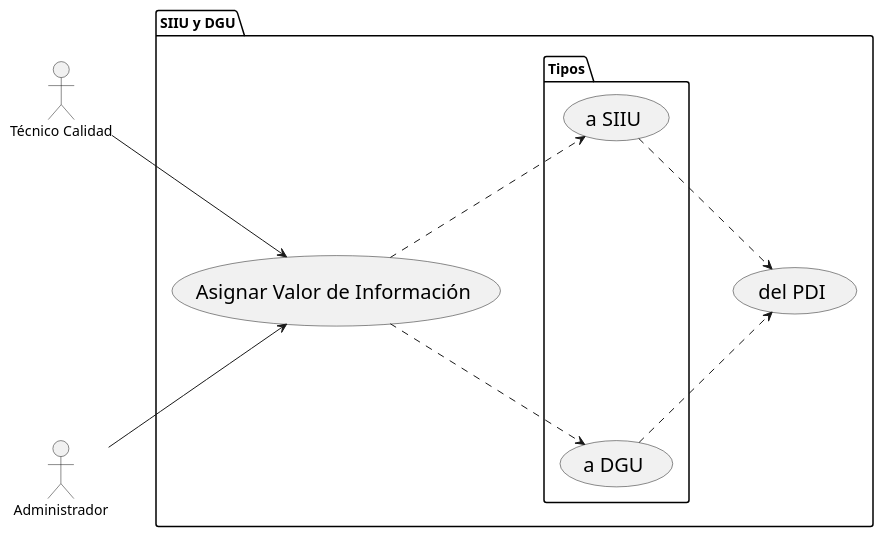
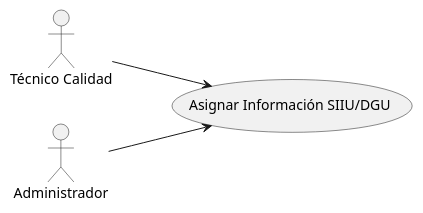
One commit to mmasias/24-25-IdSw1-SDR changed the diagram in modelosUML/CdU/Individuales/AsignarSIIUyDGU.puml. Above: the diagram before and after it, drawn with PlantUML. The commit also changed 17 other files, not shown here.

Commit message:
Actualizar diagramas de casos de uso para mejorar la claridad y consistencia de los nombres y notas, y eliminar paquetes innecesarios.

```diff
--- a/modelosUML/CdU/Individuales/AsignarSIIUyDGU.puml
+++ b/modelosUML/CdU/Individuales/AsignarSIIUyDGU.puml
@@ -1,32 +1,11 @@
 @startuml
 left to right direction
-
-skinparam usecase {
-    FontSize 20
-}
-
-skinparam nodesep 300
 
 actor "Técnico Calidad" as tec
 actor "Administrador" as admin
 
-package "SIIU y DGU" as SIIUyDGUPackage {
-    usecase "Asignar Valor de Información" as asignarValor
-
-    package "Tipos" {
-        usecase "a SIIU" as SIIU
-        usecase "a DGU" as DGU
-    }
-
-    usecase "del PDI" as PDI
-
-}
-
-asignarValor ..> SIIU
-asignarValor ..> DGU
-SIIU ..> PDI
-DGU ..> PDI
+usecase "Asignar Información SIIU/DGU" as asignarValor
 
 tec --> asignarValor
 admin --> asignarValor
 @enduml
```
